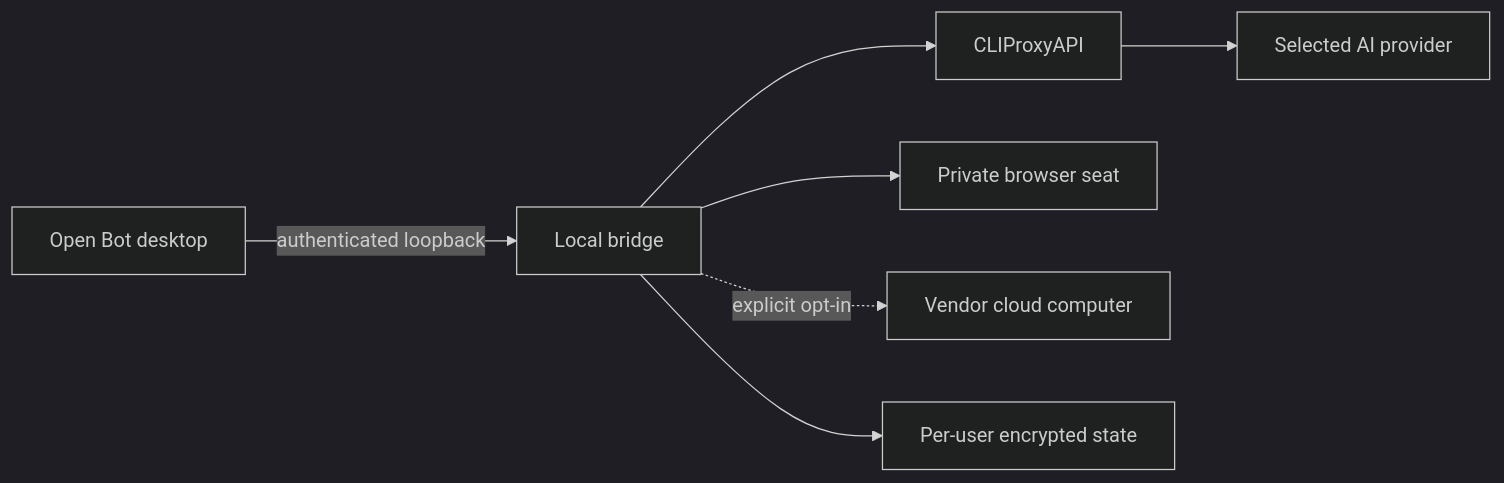
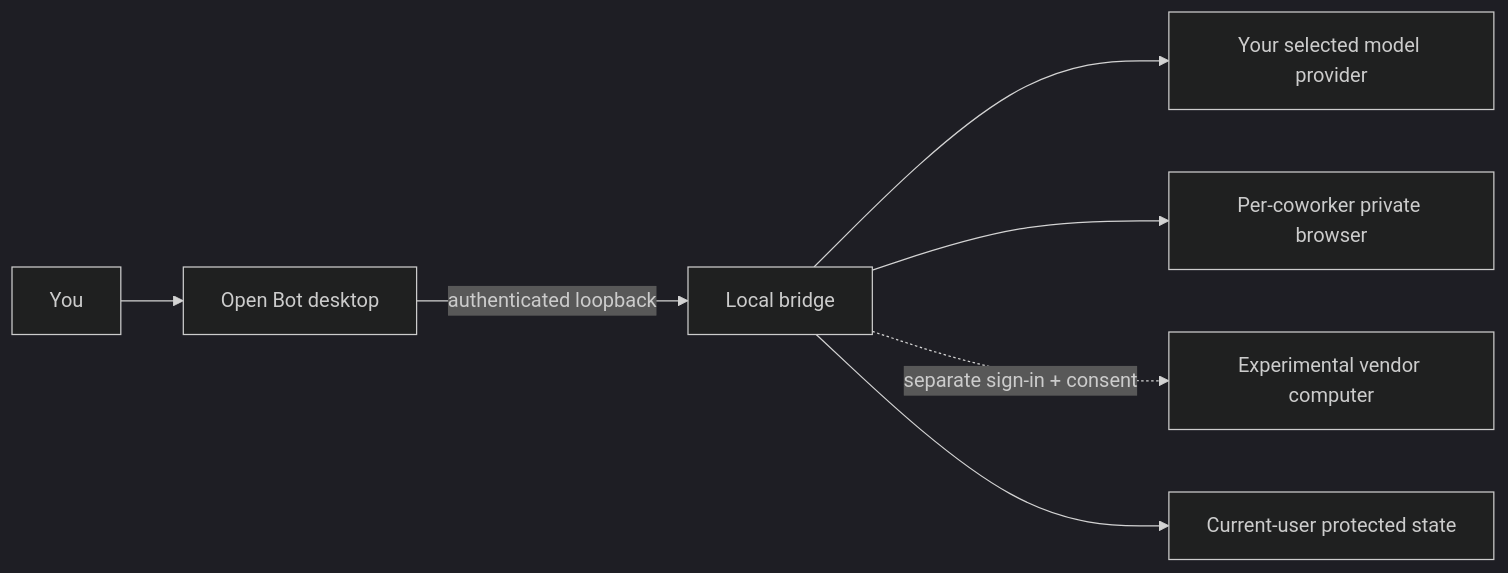
One commit to LimonLimez/Codex-Bot changed the diagram in README.md. Above: the diagram before and after it, drawn with Mermaid (dark theme). The commit also changed other lines of this file and 1 other file, not shown here.

````diff
--- a/README.md
+++ b/README.md
@@ -56,9 +79,9 @@
 ```mermaid
 flowchart LR
-  UI["Open Bot desktop"] -->|authenticated loopback| Bridge["Local bridge"]
-  Bridge --> Proxy["CLIProxyAPI"]
-  Proxy --> Providers["Selected AI provider"]
-  Bridge --> Private["Private browser seat"]
-  Bridge -. explicit opt-in .-> Vendor["Vendor cloud computer"]
-  Bridge --> State["Per-user encrypted state"]
+  You["You"] --> App["Open Bot desktop"]
+  App -->|"authenticated loopback"| Bridge["Local bridge"]
+  Bridge --> Models["Your selected model provider"]
+  Bridge --> Browser["Per-coworker private browser"]
+  Bridge -. "separate sign-in + consent" .-> Cloud["Experimental vendor computer"]
+  Bridge --> State["Current-user protected state"]
 ```
````
